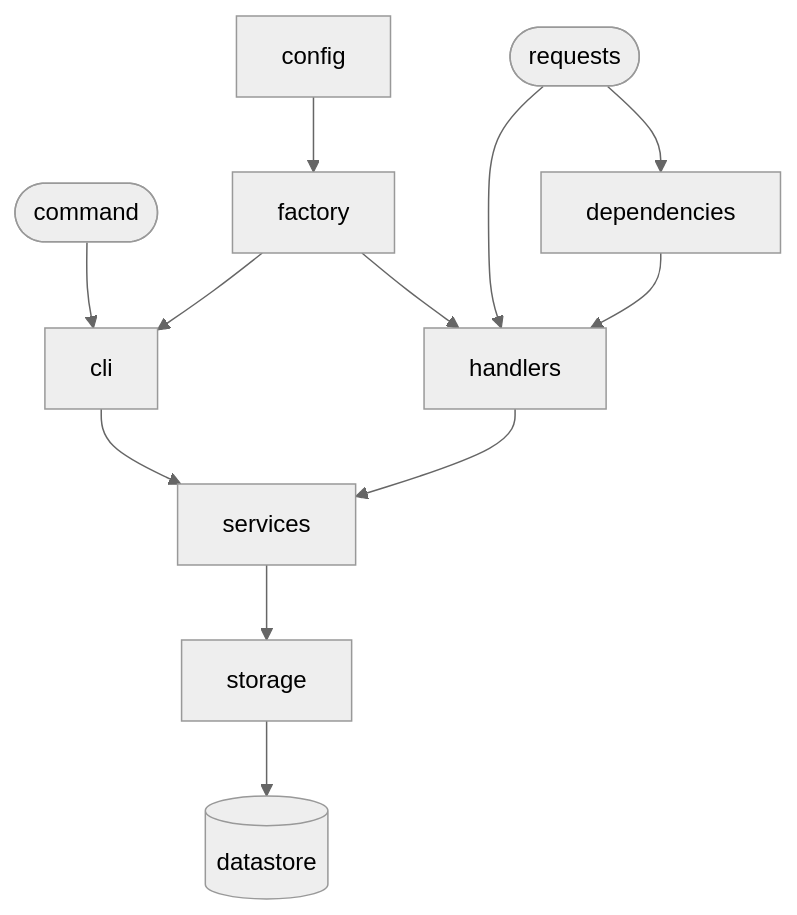
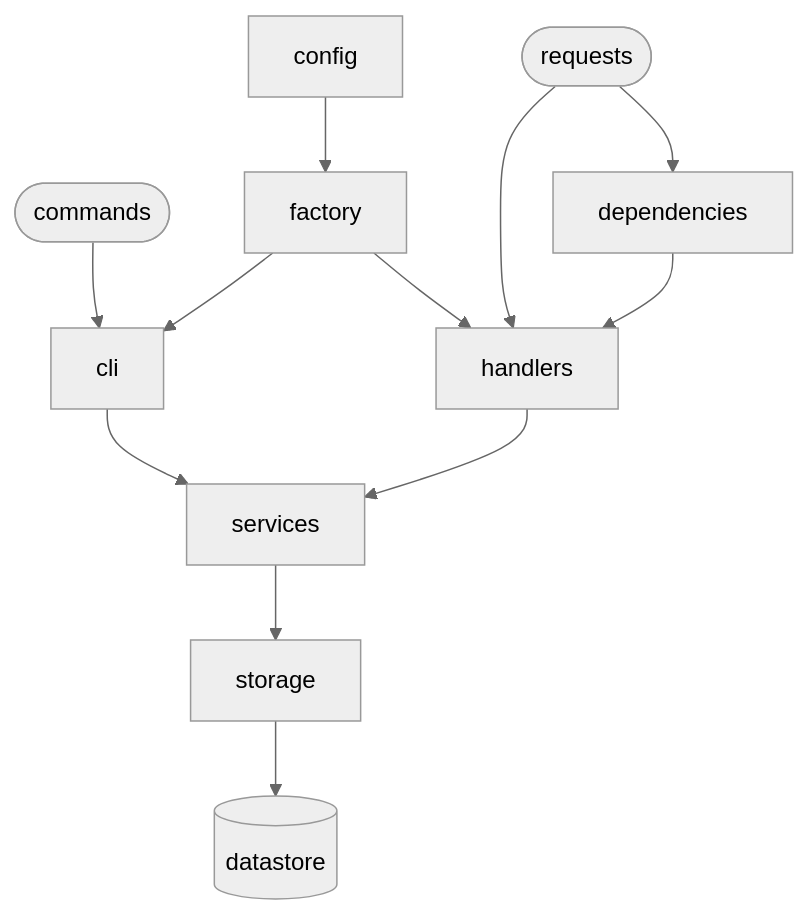
Before and after one commit to lsst-sqre/sqr-072: the diagram in architecture.mmd, drawn with Mermaid (neutral theme). The commit also changed 2 other files, not shown here.

Commit message:
Update architecture, layout, and models
Document a few more pieces of the architecture. Update the file
layout discussion and use better markup. Overhaul the model
discussion and adjust it for my current coding style.

```diff
--- a/architecture.mmd
+++ b/architecture.mmd
@@ -1,25 +1,25 @@
 graph TB
     requests([requests])
     config
-    command([command])
+    commands([commands])
     cli
     dependencies
     handlers
     factory
     services
     storage
     datastore[(datastore)]
 
     requests --> dependencies
     requests --> handlers
     dependencies --> handlers
     handlers --> services
     services --> storage
     storage --> datastore
 
     config --> factory
     factory --> handlers
 
-    command --> cli
+    commands --> cli
     factory --> cli
     cli --> services
```
